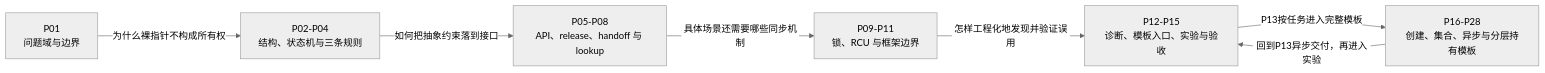
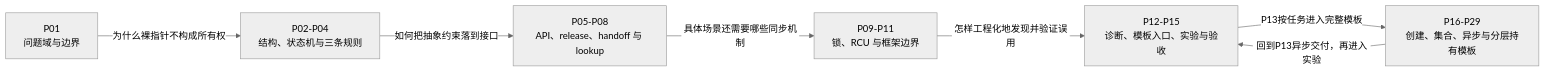
One commit to FormingSystem/linux_note changed the diagram in knowledge/linux/object_lifetime/kref/大纲.md. Above: the diagram before and after it, drawn with Mermaid (neutral theme). The commit also changed other lines of this file and 19 other files, not shown here.

````diff
--- a/knowledge/linux/object_lifetime/kref/大纲.md
+++ b/knowledge/linux/object_lifetime/kref/大纲.md
@@ -21,16 +21,16 @@
 ```mermaid
 flowchart LR
     A["P01<br/>问题域与边界"]
     B["P02-P04<br/>结构、状态机与三条规则"]
     C["P05-P08<br/>API、release、handoff 与 lookup"]
     D["P09-P11<br/>锁、RCU 与框架边界"]
     E["P12-P15<br/>诊断、模板入口、实验与验收"]
-    T["P16-P28<br/>创建、集合、异步与分层持有模板"]
+    T["P16-P29<br/>创建、集合、异步与分层持有模板"]
 
     A -->|"为什么裸指针不构成所有权"| B
     B -->|"如何把抽象约束落到接口"| C
     C -->|"具体场景还需要哪些同步机制"| D
     D -->|"怎样工程化地发现并验证误用"| E
     E -->|"P13按任务进入完整模板"| T
     T -->|"回到P13异步交付，再进入实验"| E
 ```
````
